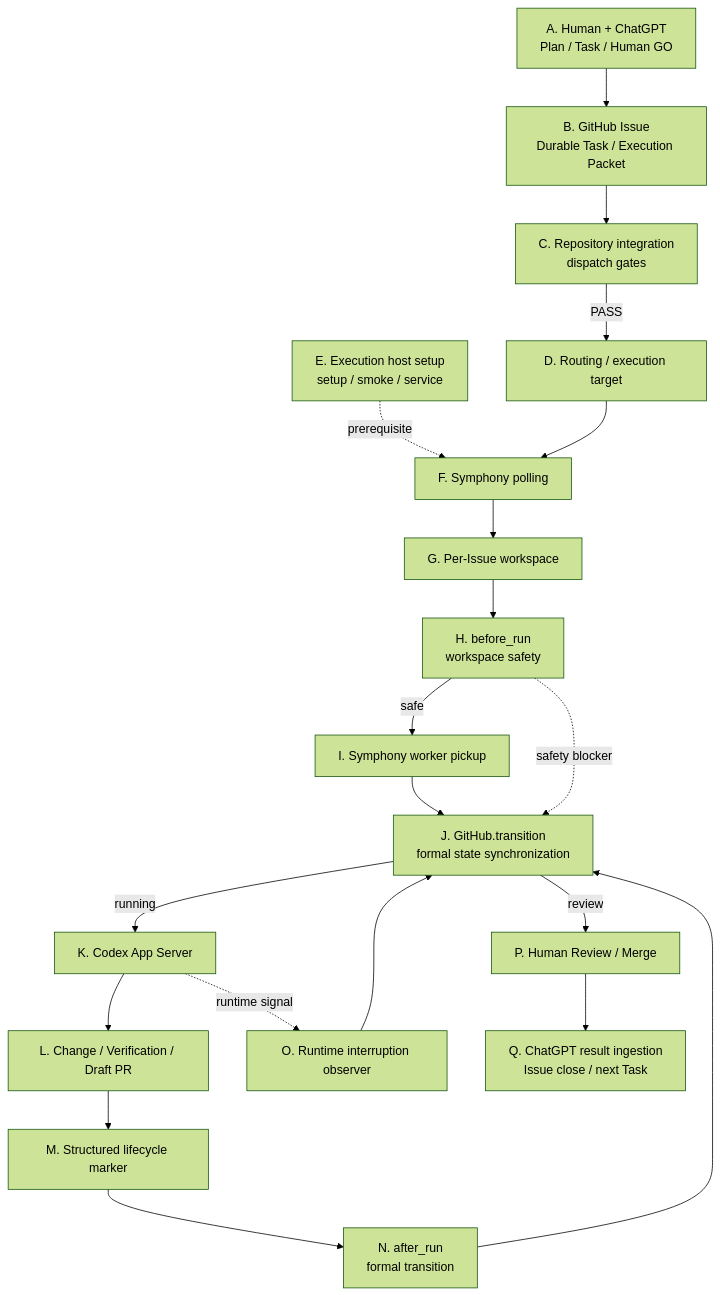
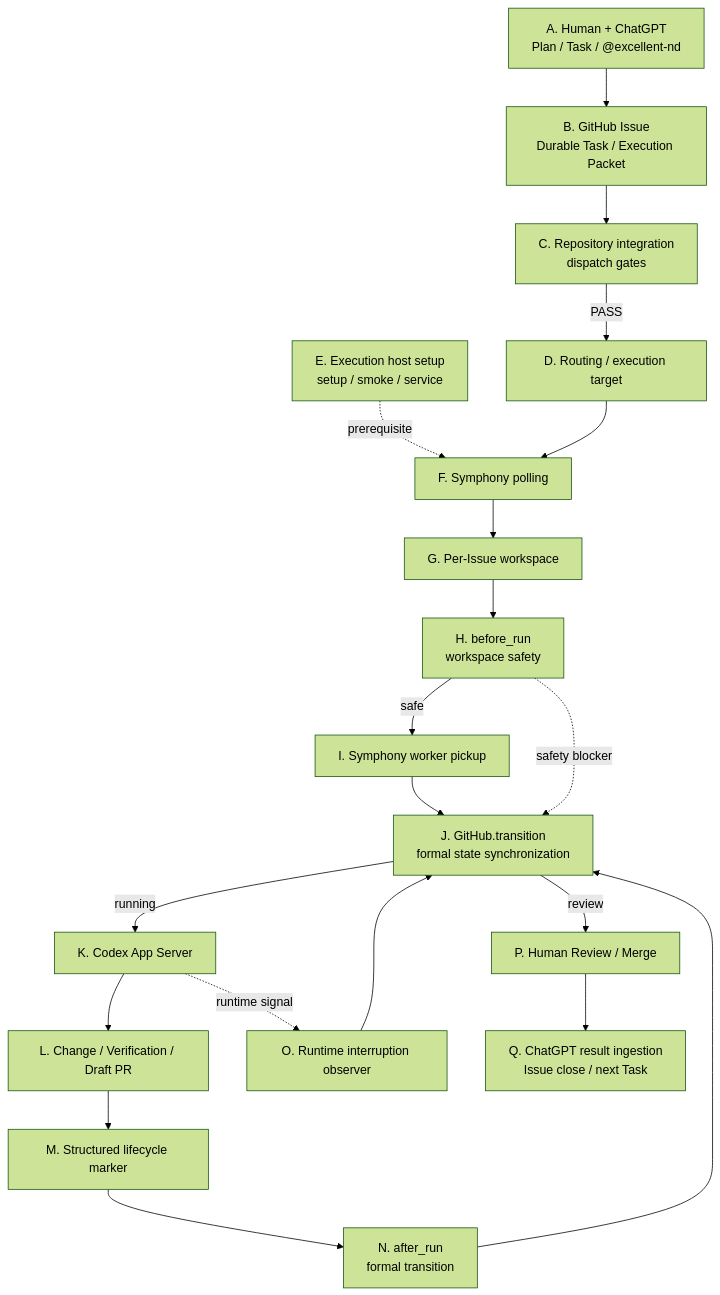
The first of 3 diagrams in docs/runtime-architecture.md (excellent-tech/Excellent-Nd), drawn with Mermaid (forest theme) before and after one commit. The commit also changed other lines of this file, not shown here.

Commit message:
docs: align explicit mention dispatch semantics (runtime-architecture.md)

````diff
--- a/docs/runtime-architecture.md
+++ b/docs/runtime-architecture.md
@@ -52,39 +52,39 @@
 ```mermaid
 flowchart TD
-    A["A. Human + ChatGPT<br/>Plan / Task / Human GO"] --> B["B. GitHub Issue<br/>Durable Task / Execution Packet"]
+    A["A. Human + ChatGPT<br/>Plan / Task / @excellent-nd"] --> B["B. GitHub Issue<br/>Durable Task / Execution Packet"]
     B --> C["C. Repository integration<br/>dispatch gates"]
     C -->|PASS| D["D. Routing / execution target"]
     E["E. Execution host setup<br/>setup / smoke / service"] -. prerequisite .-> F["F. Symphony polling"]
     D --> F
     F --> G["G. Per-Issue workspace"]
     G --> H["H. before_run<br/>workspace safety"]
     H -->|safe| I["I. Symphony worker pickup"]
     I --> J["J. GitHub.transition<br/>formal state synchronization"]
     J -->|running| K["K. Codex App Server"]
     K --> L["L. Change / Verification / Draft PR"]
     L --> M["M. Structured lifecycle marker"]
     M --> N["N. after_run<br/>formal transition"]
     N --> J
     K -. runtime signal .-> O["O. Runtime interruption observer"]
     O --> J
     H -. safety blocker .-> J
     J -->|review| P["P. Human Review / Merge"]
     P --> Q["Q. ChatGPT result ingestion<br/>Issue close / next Task"]
     click A href "https://github.com/excellent-tech/Excellent-Nd/blob/docs/beginner-runtime-guide/docs/runtime-architecture.md#node-a" "Node A details" _top
     click B href "https://github.com/excellent-tech/Excellent-Nd/blob/docs/beginner-runtime-guide/docs/runtime-architecture.md#node-b" "Node B details" _top
     click C href "https://github.com/excellent-tech/Excellent-Nd/blob/docs/beginner-runtime-guide/docs/runtime-architecture.md#node-c" "Node C details" _top
     click D href "https://github.com/excellent-tech/Excellent-Nd/blob/docs/beginner-runtime-guide/docs/runtime-architecture.md#node-d" "Node D details" _top
     click E href "https://github.com/excellent-tech/Excellent-Nd/blob/docs/beginner-runtime-guide/docs/runtime-architecture.md#node-e" "Node E details" _top
     click F href "https://github.com/excellent-tech/Excellent-Nd/blob/docs/beginner-runtime-guide/docs/runtime-architecture.md#node-f" "Node F details" _top
     click G href "https://github.com/excellent-tech/Excellent-Nd/blob/docs/beginner-runtime-guide/docs/runtime-architecture.md#node-g" "Node G details" _top
     click H href "https://github.com/excellent-tech/Excellent-Nd/blob/docs/beginner-runtime-guide/docs/runtime-architecture.md#node-h" "Node H details" _top
     click I href "https://github.com/excellent-tech/Excellent-Nd/blob/docs/beginner-runtime-guide/docs/runtime-architecture.md#node-i" "Node I details" _top
     click J href "https://github.com/excellent-tech/Excellent-Nd/blob/docs/beginner-runtime-guide/docs/runtime-architecture.md#node-j" "Node J details" _top
     click K href "https://github.com/excellent-tech/Excellent-Nd/blob/docs/beginner-runtime-guide/docs/runtime-architecture.md#node-k" "Node K details" _top
     click L href "https://github.com/excellent-tech/Excellent-Nd/blob/docs/beginner-runtime-guide/docs/runtime-architecture.md#node-l" "Node L details" _top
     click M href "https://github.com/excellent-tech/Excellent-Nd/blob/docs/beginner-runtime-guide/docs/runtime-architecture.md#node-m" "Node M details" _top
     click N href "https://github.com/excellent-tech/Excellent-Nd/blob/docs/beginner-runtime-guide/docs/runtime-architecture.md#node-n" "Node N details" _top
     click O href "https://github.com/excellent-tech/Excellent-Nd/blob/docs/beginner-runtime-guide/docs/runtime-architecture.md#node-o" "Node O details" _top
     click P href "https://github.com/excellent-tech/Excellent-Nd/blob/docs/beginner-runtime-guide/docs/runtime-architecture.md#node-p" "Node P details" _top
     click Q href "https://github.com/excellent-tech/Excellent-Nd/blob/docs/beginner-runtime-guide/docs/runtime-architecture.md#node-q" "Node Q details" _top
 ```
````
